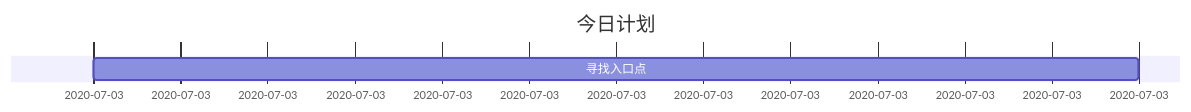
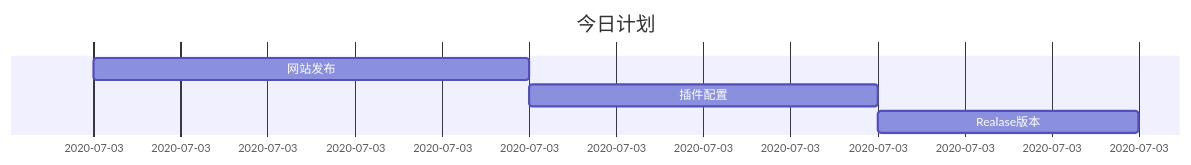
Before and after one commit to luotianqi777/Notebook: the second of 2 diagrams in Plan.md, drawn with Mermaid. The commit also changed other lines of this file and 3 other files, not shown here.

````diff
--- a/Plan.md
+++ b/Plan.md
@@ -20,6 +20,8 @@
 ```mermaid
 gantt
 dateFormat  HH:mm
 title 今日计划
-寻找入口点: 09:00, 21:00
+网站发布: 09:00, 14:00
+插件配置: 14:00, 18:00
+Realase版本: 18:00, 21:00
 ```
````
